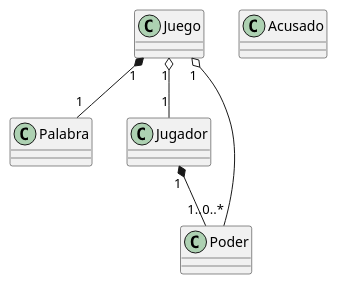
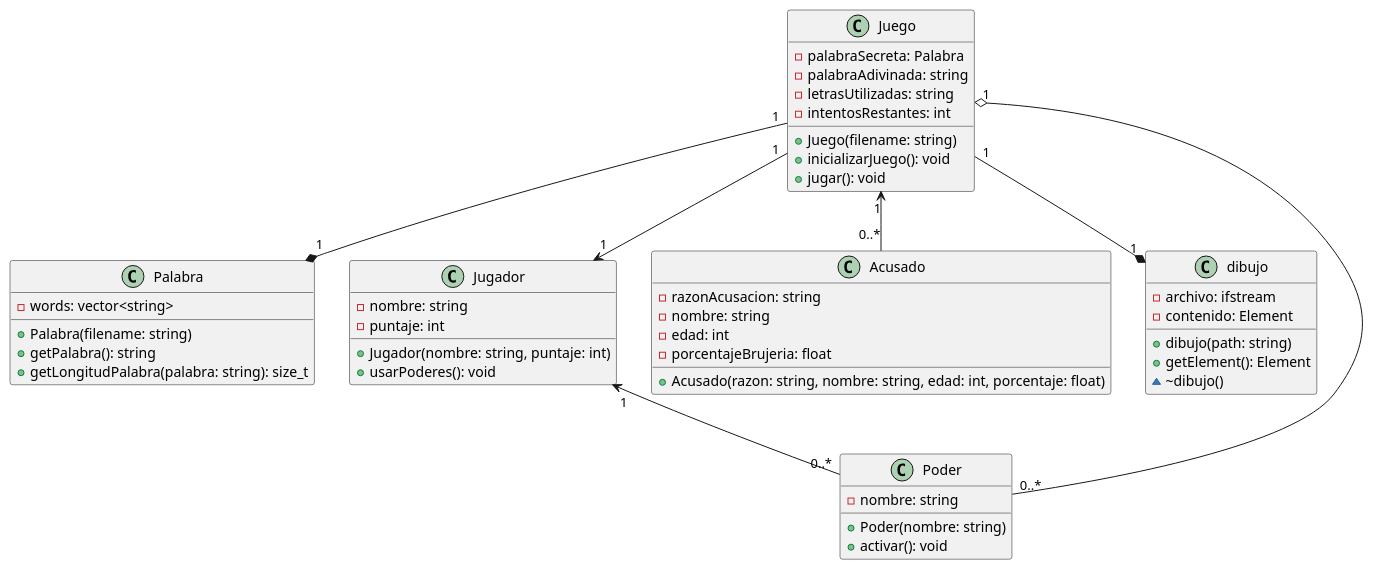
The diagram in docs/ahorcado.puml (JuanJassito/ahorcado_), drawn with PlantUML before and after one commit. The commit also changed 1 other file, not shown here.

```diff
--- a/docs/ahorcado.puml
+++ b/docs/ahorcado.puml
@@ -1,29 +1,56 @@
 @startuml ahorcado
 
 class Juego {
-
+    - palabraSecreta: Palabra
+    - palabraAdivinada: string
+    - letrasUtilizadas: string
+    - intentosRestantes: int
+    + Juego(filename: string)
+    + inicializarJuego(): void
+    + jugar(): void
 }
 
 class Palabra {
-
+    - words: vector<string>
+    + Palabra(filename: string)
+    + getPalabra(): string
+    + getLongitudPalabra(palabra: string): size_t
 }
 
 class Jugador {
-
+    - nombre: string
+    - puntaje: int
+    + Jugador(nombre: string, puntaje: int)
+    + usarPoderes(): void
 }
 
-class Acusado{
-
+class Acusado {
+    - razonAcusacion: string
+    - nombre: string
+    - edad: int
+    - porcentajeBrujeria: float
+    + Acusado(razon: string, nombre: string, edad: int, porcentaje: float)
 }
 
+class dibujo {
+    - archivo: ifstream
+    - contenido: Element
+    + dibujo(path: string)
+    + getElement(): Element
+    ~ ~dibujo()
+}
 
 class Poder {
-
+    - nombre: string
+    + Poder(nombre: string)
+    + activar(): void
 }
 
-Juego "1" *-- "1" Palabra
-Juego "1" o-- "1" Jugador
-Juego "1" o-- "0..*" Poder
-Jugador "1" *-- "1.." Poder
+Juego "1" --* "1" Palabra
+Juego "1" --* "1" dibujo
+Juego "1" --> "1" Jugador
+Juego "1" o-- "0..*" Poder 
+Jugador "1" <-- "0..*" Poder 
+Juego "1" <-- "0..*" Acusado 
 
 @enduml
```
